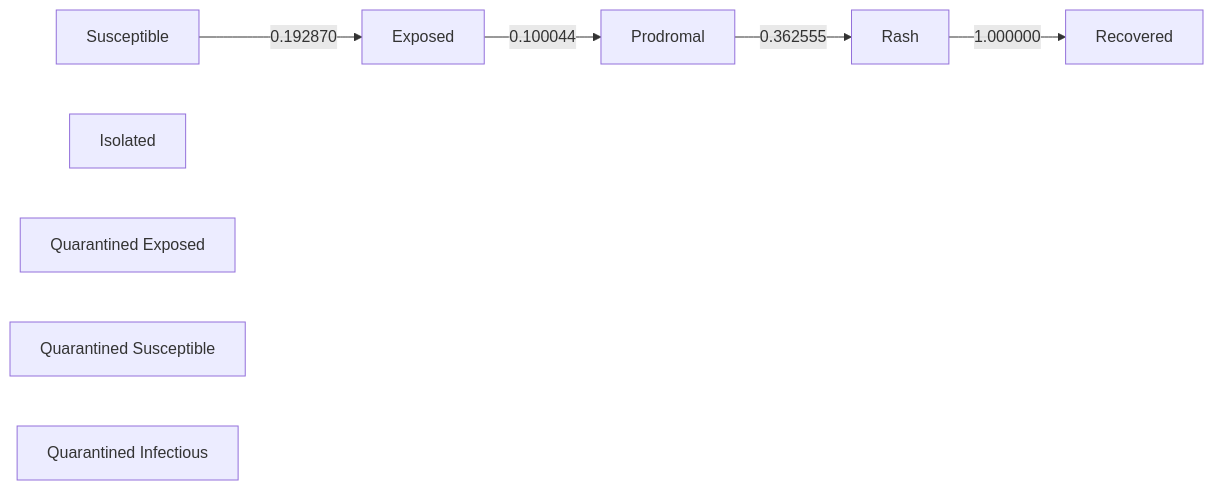
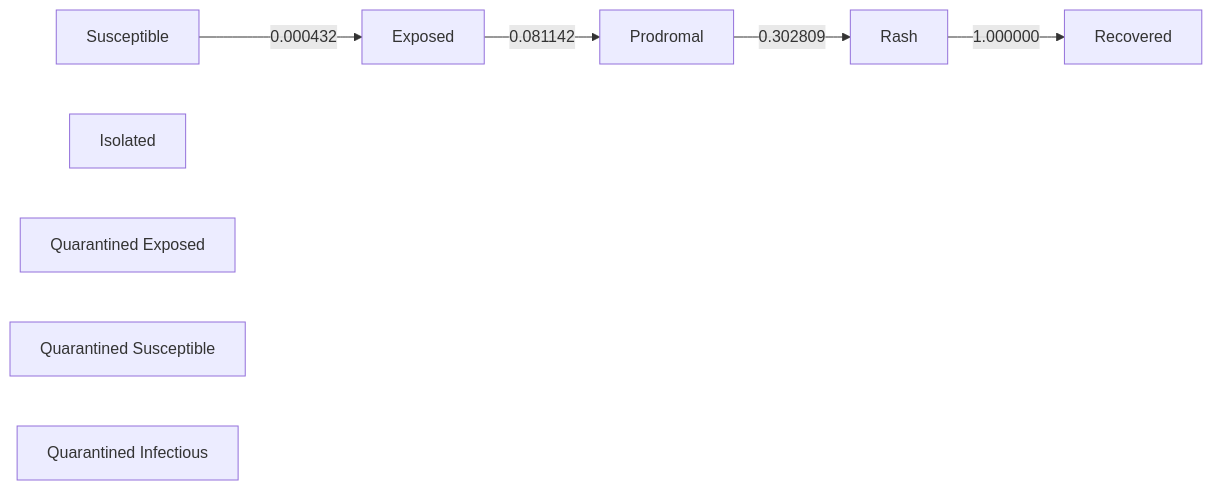
The diagram in school_quarantine/calibration.md (EpiForeSITE/epiworld-measles), drawn with Mermaid before and after one commit. The commit also changed other lines of this file and 4 other files, not shown here.

````diff
--- a/school_quarantine/calibration.md
+++ b/school_quarantine/calibration.md
@@ -137,17 +137,17 @@
 ``` mermaid
 flowchart LR
     s0[Susceptible]
     s1[Exposed]
     s2[Prodromal]
     s3[Rash]
     s4[Isolated]
     s5[Quarantined Exposed]
     s6[Quarantined Susceptible]
     s7[Quarantined Infectious]
     s8[Recovered]
-    s0 -->|0.192870| s1
-    s1 -->|0.100044| s2
-    s2 -->|0.362555| s3
+    s0 -->|0.000432| s1
+    s1 -->|0.081142| s2
+    s2 -->|0.302809| s3
     s3 -->|1.000000| s8
 
 ```
````
